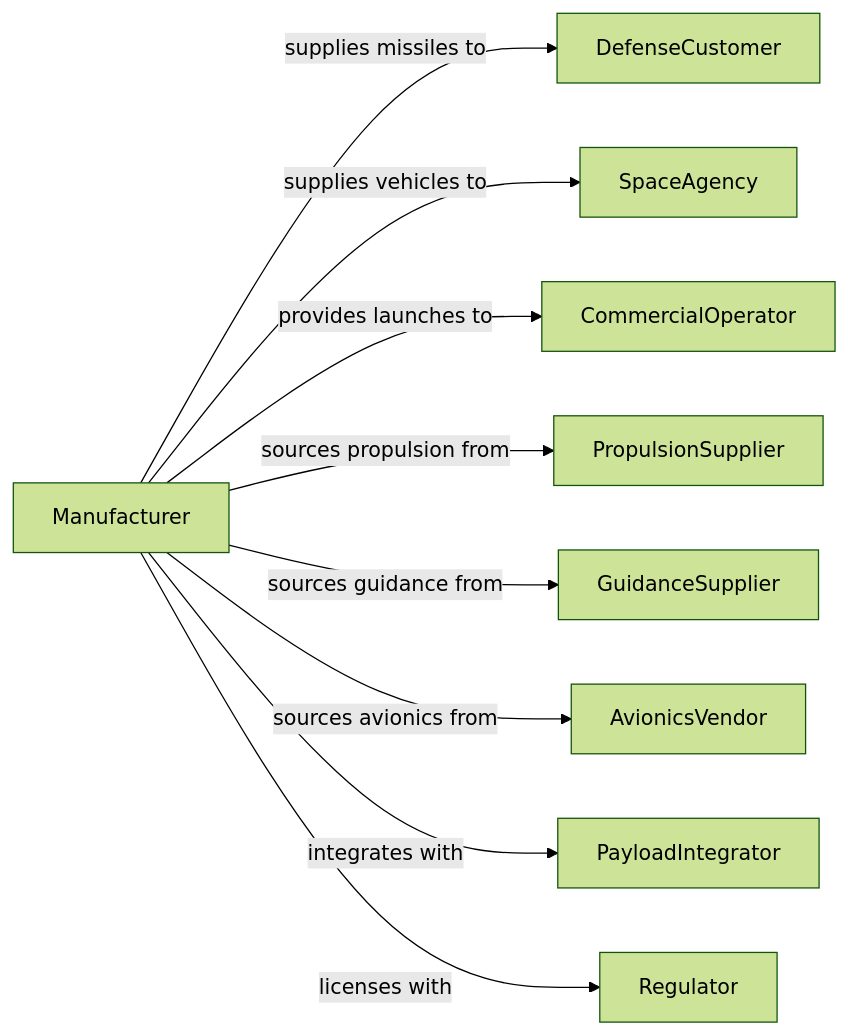
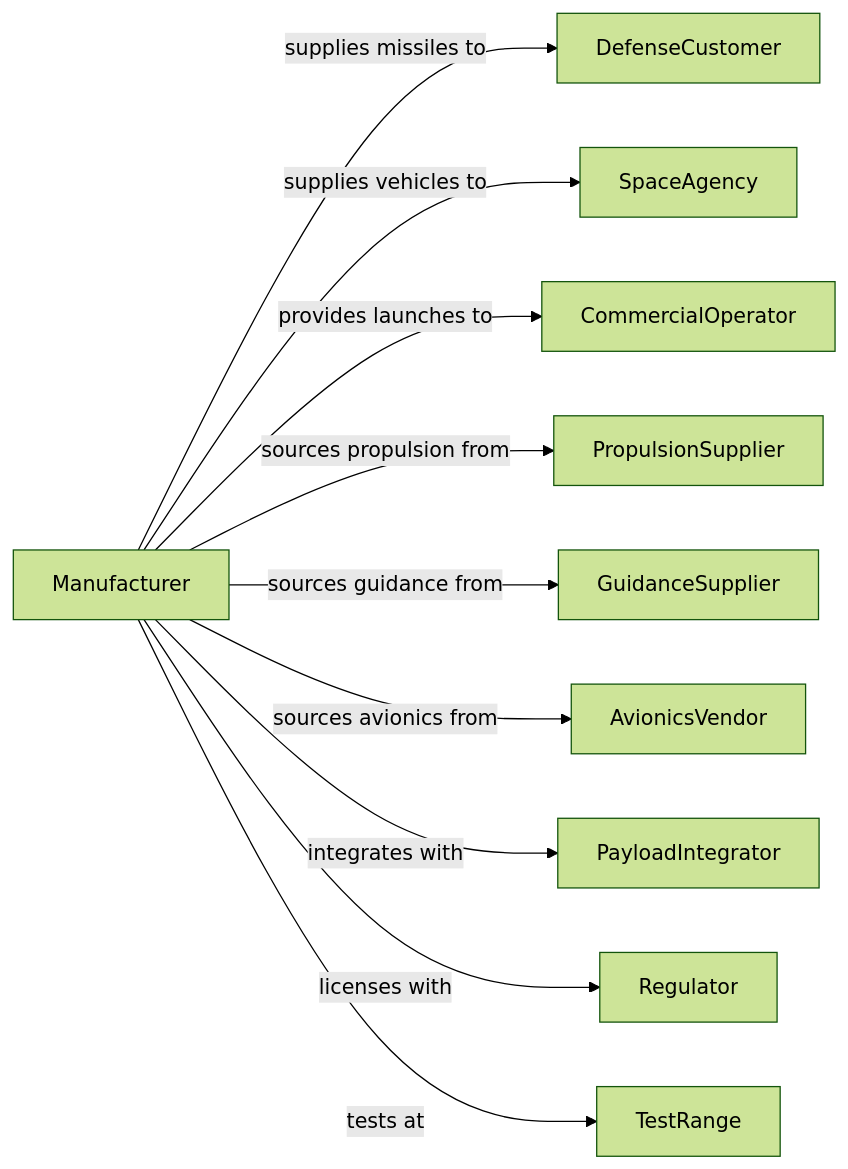
Before and after one commit to dot-org-ai/industries.org.ai: the second of 2 diagrams in Manufacturing/TransportationEquipmentManufacturing/AerospaceProductAndPartsManufacturing/GuidedMissileAndSpaceVehicleManufacturing.mdx, drawn with Mermaid (forest theme). The commit also changed other lines of this file and 588 other files, not shown here.

````diff
--- a/Manufacturing/TransportationEquipmentManufacturing/AerospaceProductAndPartsManufacturing/GuidedMissileAndSpaceVehicleManufacturing.mdx
+++ b/Manufacturing/TransportationEquipmentManufacturing/AerospaceProductAndPartsManufacturing/GuidedMissileAndSpaceVehicleManufacturing.mdx
@@ -125,13 +125,14 @@
 ```mermaid
 graph LR
     M[Manufacturer]
 
     M -->|supplies missiles to| DefenseCustomer
     M -->|supplies vehicles to| SpaceAgency
     M -->|provides launches to| CommercialOperator
     M -->|sources propulsion from| PropulsionSupplier
     M -->|sources guidance from| GuidanceSupplier
     M -->|sources avionics from| AvionicsVendor
     M -->|integrates with| PayloadIntegrator
     M -->|licenses with| Regulator
+    M -->|tests at| TestRange
 ```
````
